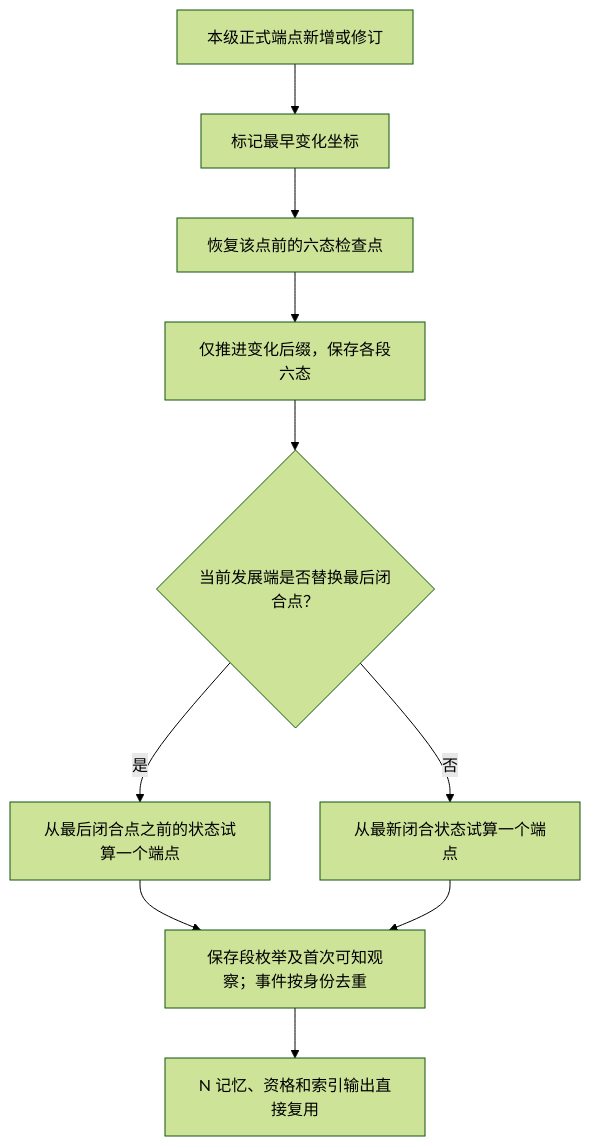
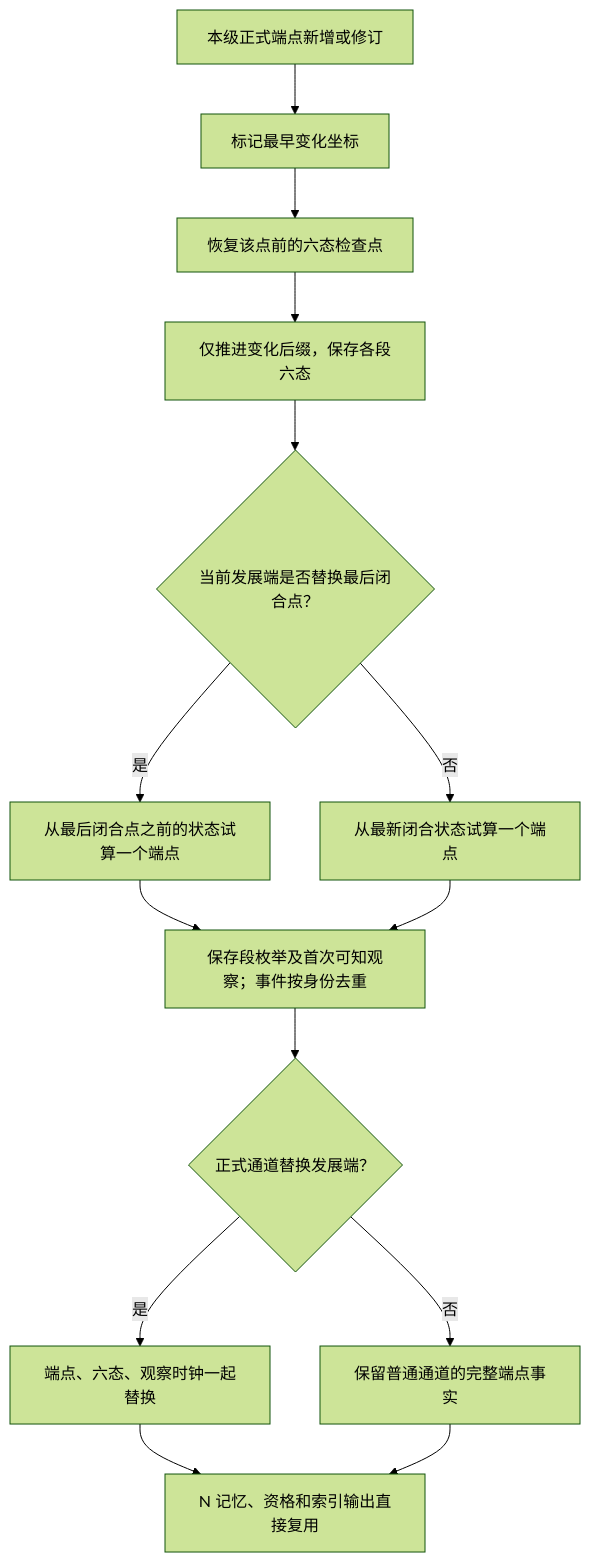
Diagram 25 of 25 in docs/trend-analysis-flow.md (bobo553/wavequant-monorepo), drawn with Mermaid (forest theme) before and after one commit. The commit also changed other lines of this file and 39 other files, not shown here.

````diff
--- a/docs/trend-analysis-flow.md
+++ b/docs/trend-analysis-flow.md
@@ -801,12 +950,16 @@
 ```mermaid
 flowchart TD
     A["本级正式端点新增或修订"] --> B["标记最早变化坐标"]
     B --> C["恢复该点前的六态检查点"]
     C --> D["仅推进变化后缀，保存各段六态"]
     D --> E{"当前发展端是否替换最后闭合点？"}
     E -->|是| F["从最后闭合点之前的状态试算一个端点"]
     E -->|否| G["从最新闭合状态试算一个端点"]
     F --> H["保存段枚举及首次可知观察；事件按身份去重"]
     G --> H
-    H --> I["N 记忆、资格和索引输出直接复用"]
+    H --> M{"正式通道替换发展端？"}
+    M -->|是| J["端点、六态、观察时钟一起替换"]
+    M -->|否| K["保留普通通道的完整端点事实"]
+    J --> I["N 记忆、资格和索引输出直接复用"]
+    K --> I
 ```
````
